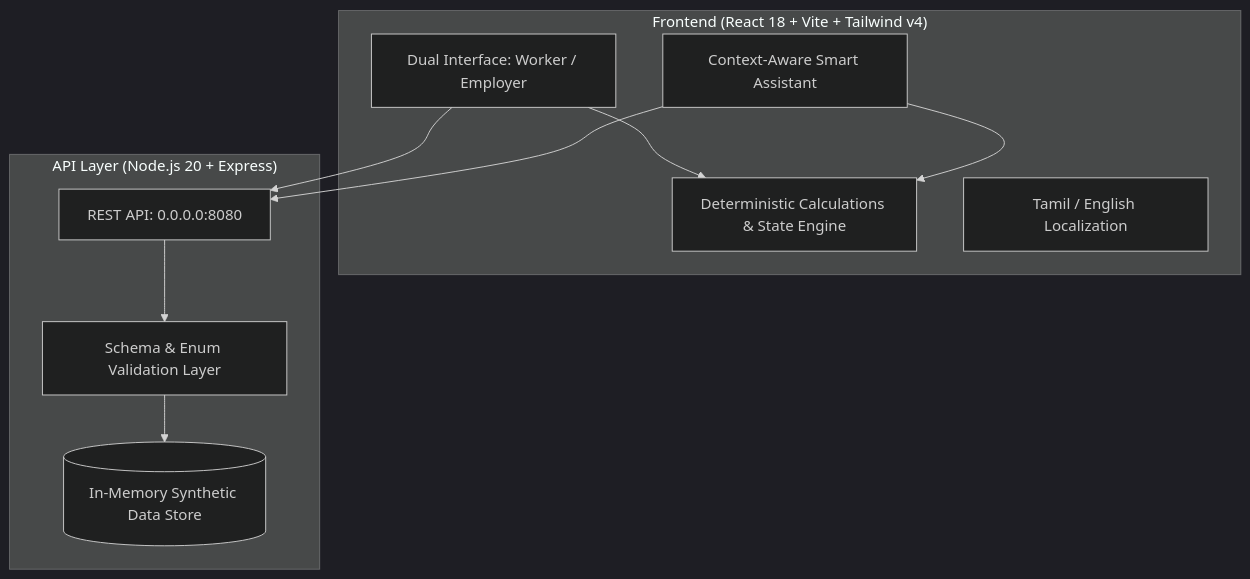
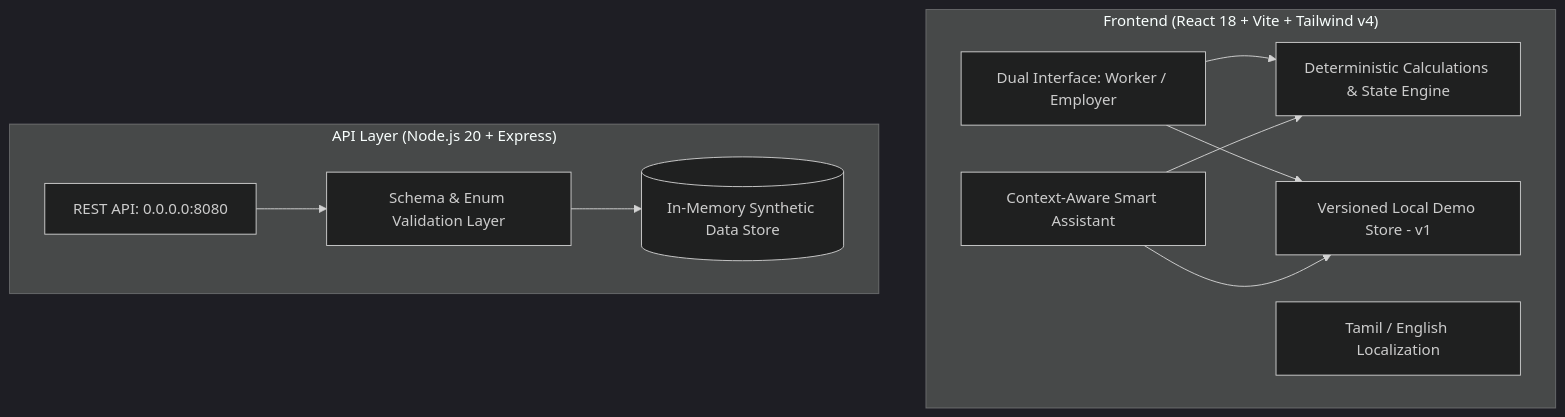
The diagram in README.md (RoshwinNiketh/fairshift), drawn with Mermaid (dark theme) before and after one commit. The commit also changed other lines of this file and 7 other files, not shown here.

````diff
--- a/README.md
+++ b/README.md
@@ -79,21 +81,22 @@
 ```mermaid
 flowchart TD
     subgraph Client["Frontend (React 18 + Vite + Tailwind v4)"]
         UI[Dual Interface: Worker / Employer]
         AST[Context-Aware Smart Assistant]
         CALC_FE[Deterministic Calculations & State Engine]
+        STORE[Versioned Local Demo Store - v1]
         I18N[Tamil / English Localization]
     end
 
     subgraph Backend["API Layer (Node.js 20 + Express)"]
         REST[REST API: 0.0.0.0:8080]
         VAL[Schema & Enum Validation Layer]
-        STORE[(In-Memory Synthetic Data Store)]
+        SERVER_STORE[(In-Memory Synthetic Data Store)]
     end
 
     UI --> CALC_FE
     AST --> CALC_FE
-    UI --> REST
-    AST --> REST
-    REST --> VAL --> STORE
+    UI --> STORE
+    AST --> STORE
+    REST --> VAL --> SERVER_STORE
 ```
````
